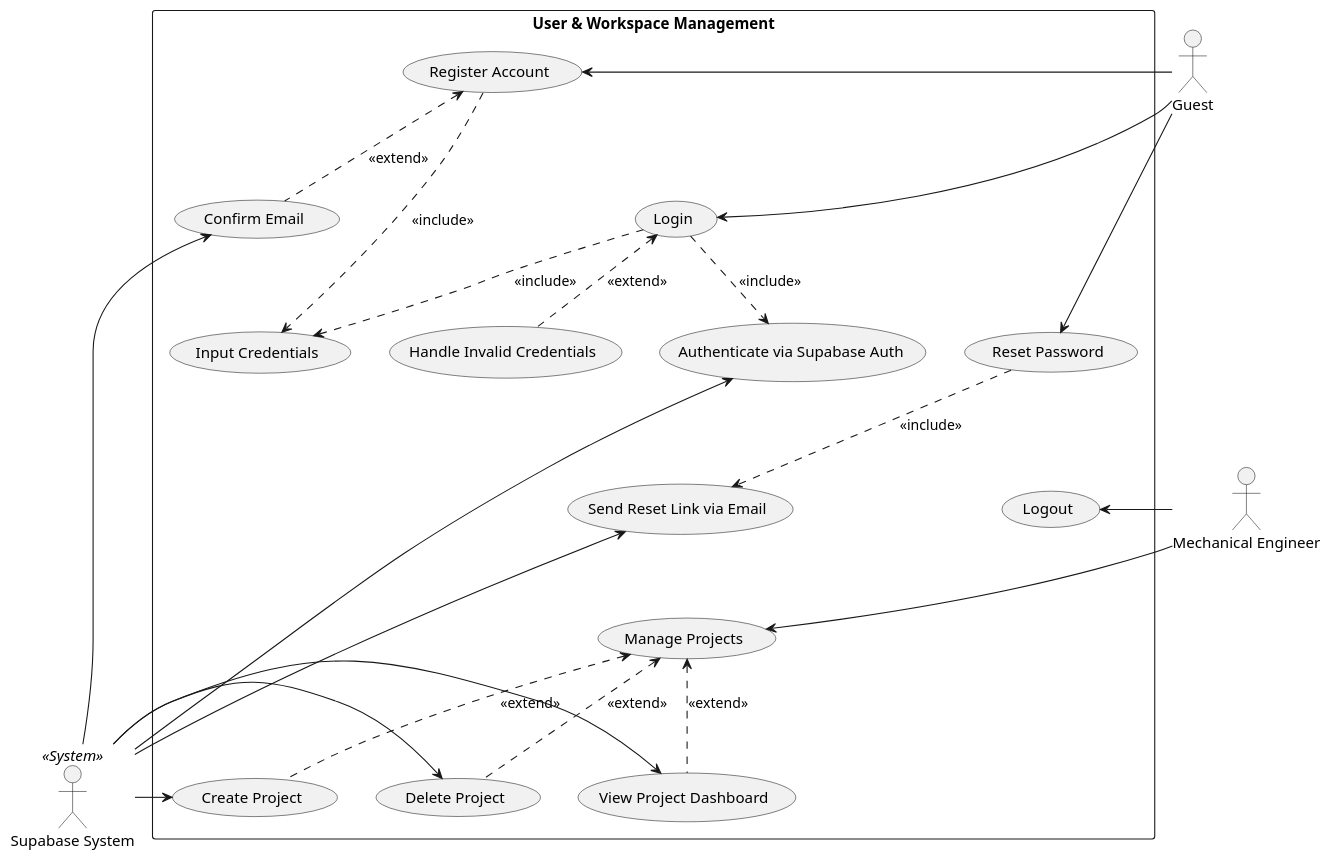
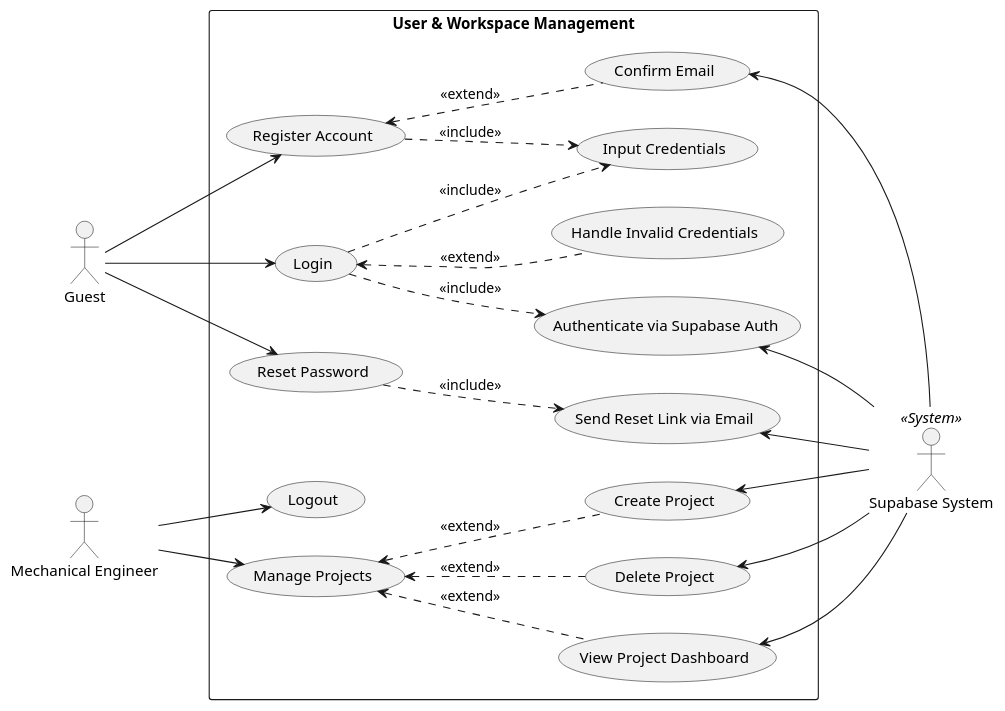
The diagram in docs/uml/uc_user.puml (dvydinh/mechdrive), drawn with PlantUML before and after one commit. The commit also changed 5 other files, not shown here.

```diff
--- a/docs/uml/uc_user.puml
+++ b/docs/uml/uc_user.puml
@@ -1,59 +1,55 @@
 @startuml
+left to right direction
 skinparam packageStyle rectangle
 
 actor "Guest" as guest
 actor "Mechanical Engineer" as eng
 actor "Supabase System" as supa << System >>
 
 package "User & Workspace Management" {
   usecase "Register Account" as UC1
   usecase "Input Credentials" as UC1_1
   usecase "Confirm Email" as UC1_3
   
   usecase "Login" as UC2
   usecase "Authenticate via Supabase Auth" as UC2_1
   usecase "Handle Invalid Credentials" as UC2_2
   
   usecase "Reset Password" as UC3
   usecase "Send Reset Link via Email" as UC3_1
   
   usecase "Logout" as UC6
   
   usecase "Manage Projects" as UC4
   usecase "Create Project" as UC4_1
   usecase "Delete Project" as UC4_3
   usecase "View Project Dashboard" as UC4_4
 }
 
-UC1 -[hidden]down-> UC2
-UC2 -[hidden]down-> UC3
-UC3 -[hidden]down-> UC6
-UC6 -[hidden]down-> UC4
+guest --> UC1
+UC1 ..> UC1_1 : <<include>>
+UC1 <.. UC1_3 : <<extend>>
 
-guest -right-> UC1
-UC1 .down.> UC1_1 : <<include>>
-UC1 <.down. UC1_3 : <<extend>>
+guest --> UC2
+UC2 ..> UC1_1 : <<include>>
+UC2 ..> UC2_1 : <<include>>
+UC2 <.. UC2_2 : <<extend>>
 
-guest -right-> UC2
-UC2 .down.> UC1_1 : <<include>>
-UC2 .down.> UC2_1 : <<include>>
-UC2 <.down. UC2_2 : <<extend>>
+guest --> UC3
+UC3 ..> UC3_1 : <<include>>
 
-guest -right-> UC3
-UC3 .down.> UC3_1 : <<include>>
+eng --> UC6
 
-eng -right-> UC6
+eng --> UC4
+UC4 <.. UC4_1 : <<extend>>
+UC4 <.. UC4_3 : <<extend>>
+UC4 <.. UC4_4 : <<extend>>
 
-eng -right-> UC4
-UC4 <.down. UC4_1 : <<extend>>
-UC4 <.down. UC4_3 : <<extend>>
-UC4 <.down. UC4_4 : <<extend>>
-
-supa -left-> UC1_3
-supa -left-> UC2_1
-supa -left-> UC3_1
-supa -left-> UC4_1
-supa -left-> UC4_3
-supa -left-> UC4_4
+UC1_3 <-- supa
+UC2_1 <-- supa
+UC3_1 <-- supa
+UC4_1 <-- supa
+UC4_3 <-- supa
+UC4_4 <-- supa
 
 @enduml
```
